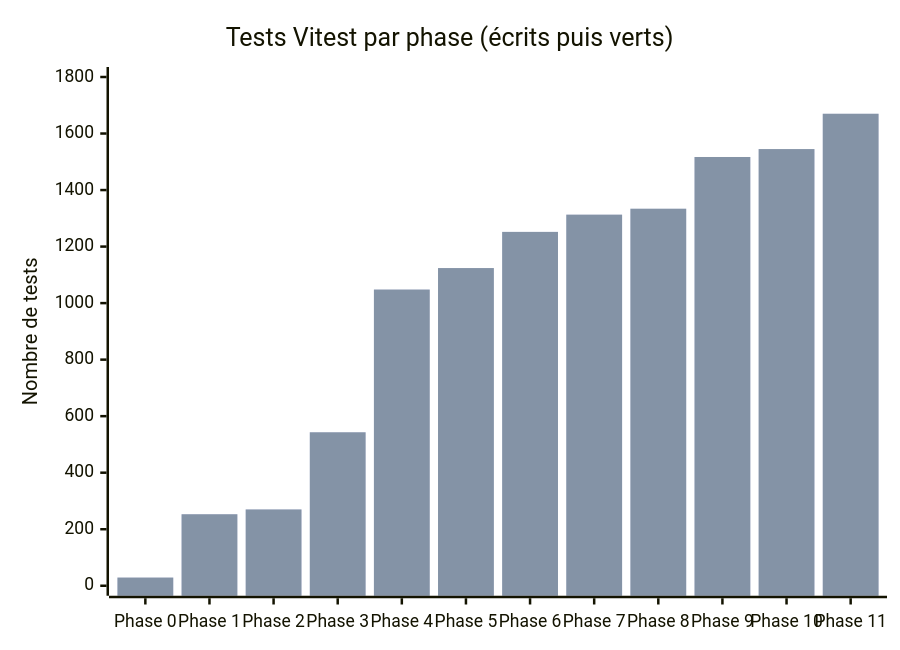
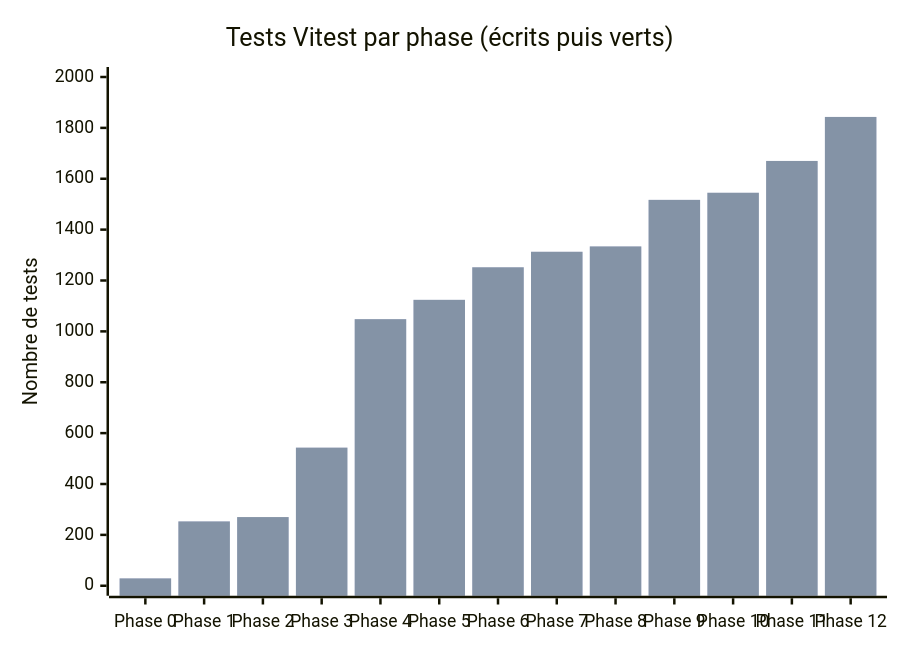
Before and after one commit to lyon32/lyonpanel: the fifth of 5 diagrams in docs/reports/TABLEAU-DE-BORD.md, drawn with Mermaid. The commit also changed other lines of this file and 14 other files, not shown here.

Commit message:
docs(phase-12): bilan, rapports, sécurité, roadmap, changelog, API_SPEC (q)

````diff
--- a/docs/reports/TABLEAU-DE-BORD.md
+++ b/docs/reports/TABLEAU-DE-BORD.md
@@ -135,8 +133,8 @@
 ```mermaid
 xychart-beta
   title "Tests Vitest par phase (écrits puis verts)"
-  x-axis ["Phase 0", "Phase 1", "Phase 2", "Phase 3", "Phase 4", "Phase 5", "Phase 6", "Phase 7", "Phase 8", "Phase 9", "Phase 10", "Phase 11"]
-  y-axis "Nombre de tests" 0 --> 1800
-  bar [29, 253, 270, 543, 1048, 1124, 1252, 1313, 1334, 1517, 1545, 1670]
-  bar [29, 253, 270, 543, 1048, 1124, 1252, 1313, 1334, 1517, 1545, 1670]
+  x-axis ["Phase 0", "Phase 1", "Phase 2", "Phase 3", "Phase 4", "Phase 5", "Phase 6", "Phase 7", "Phase 8", "Phase 9", "Phase 10", "Phase 11", "Phase 12"]
+  y-axis "Nombre de tests" 0 --> 2000
+  bar [29, 253, 270, 543, 1048, 1124, 1252, 1313, 1334, 1517, 1545, 1670, 1843]
+  bar [29, 253, 270, 543, 1048, 1124, 1252, 1313, 1334, 1517, 1545, 1670, 1843]
 ```
````
